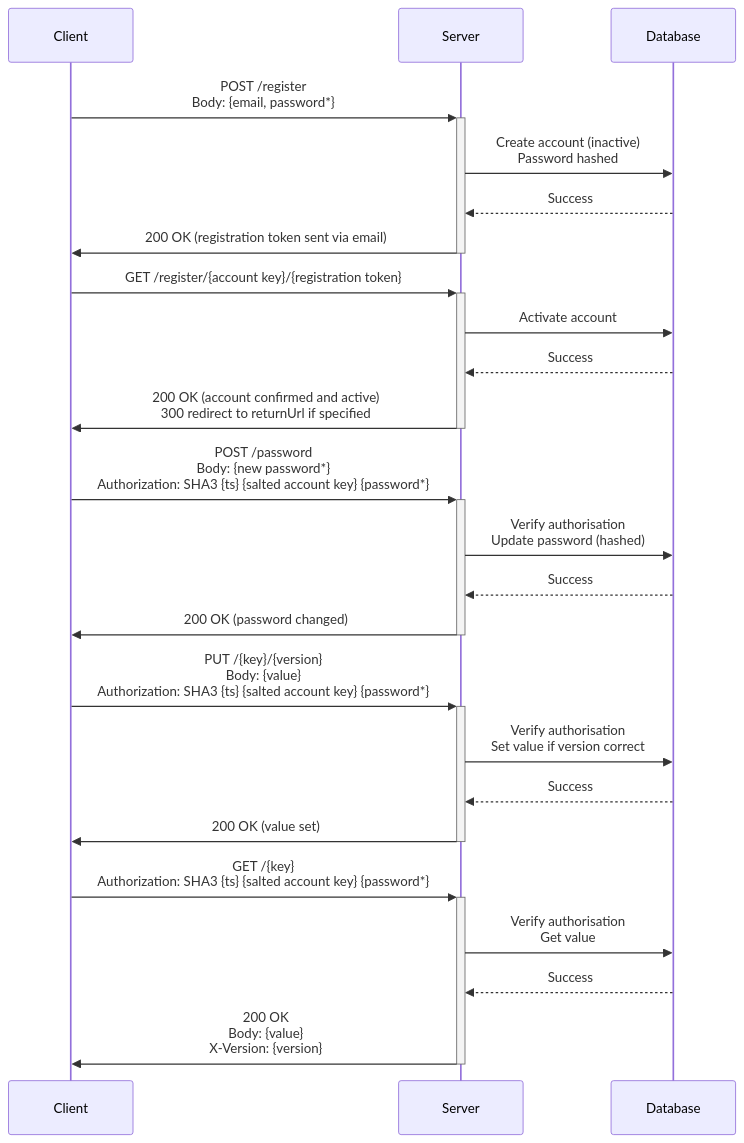
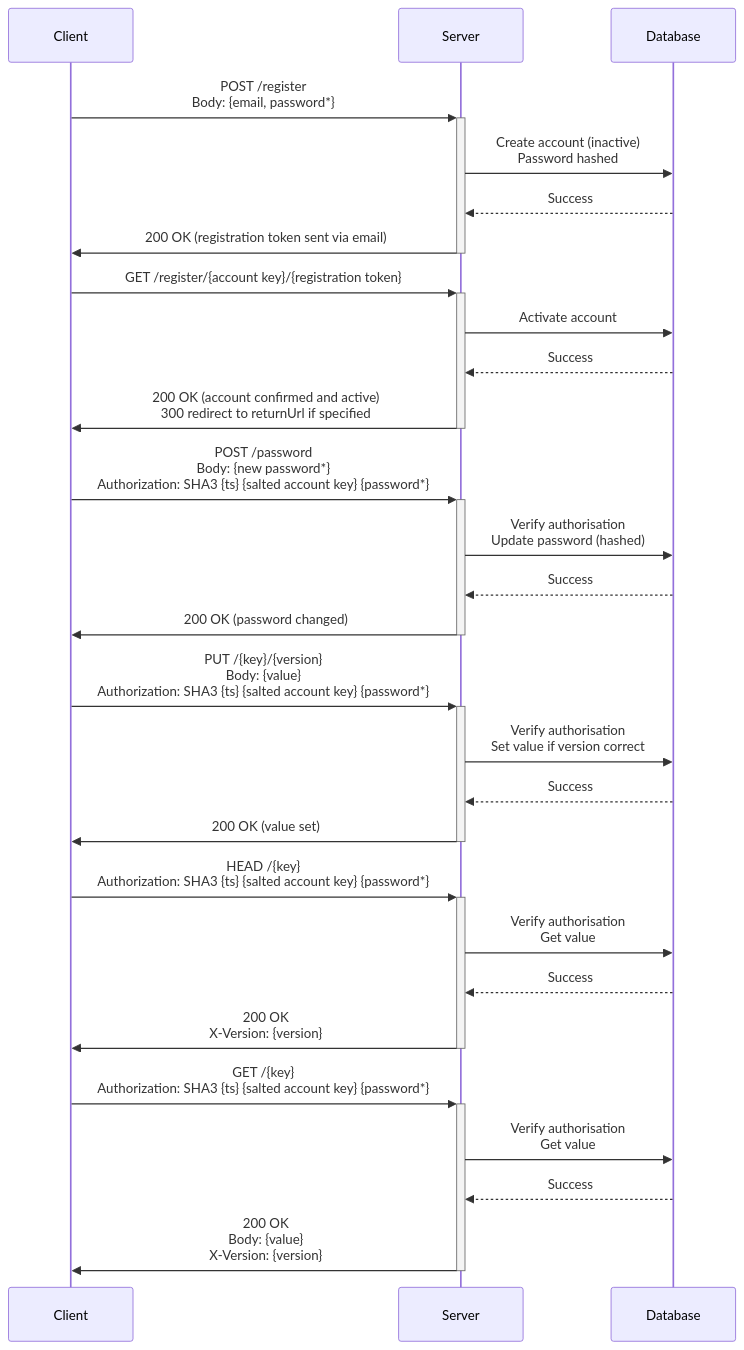
One commit to IFYates/Booksmart changed the diagram in dotnet/IFY.Booksmart.StorageAPI/Overview.md. Above: the diagram before and after it, drawn with Mermaid. The commit also changed other lines of this file and 4 other files, not shown here.

Commit message:
Can request just the key version

```diff
--- a/dotnet/IFY.Booksmart.StorageAPI/Overview.md
+++ b/dotnet/IFY.Booksmart.StorageAPI/Overview.md
@@ -2,31 +2,36 @@
 :::mermaid
 sequenceDiagram
     participant C as Client
     participant S as Server
     participant D as Database
 
     C->>+S: POST /register <br> Body: {email, password*}
     S->>D: Create account (inactive) <br> Password hashed
     D-->>S: Success
     S->>-C: 200 OK (registration token sent via email)
 
     C->>+S: GET /register/{account key}/{registration token}
     S->>D: Activate account
     D-->>S: Success
     S->>-C: 200 OK (account confirmed and active) <br> 300 redirect to returnUrl if specified
 
     C->>+S: POST /password <br> Body: {new password*} <br> Authorization: SHA3 {ts} {salted account key} {password*}
     S->>D: Verify authorisation <br> Update password (hashed)
     D-->>S: Success
     S->>-C: 200 OK (password changed)
 
     C->>+S: PUT /{key}/{version} <br> Body: {value} <br> Authorization: SHA3 {ts} {salted account key} {password*}
     S->>D: Verify authorisation <br> Set value if version correct
     D-->>S: Success
     S->>-C: 200 OK (value set)
 
+    C->>+S: HEAD /{key} <br> Authorization: SHA3 {ts} {salted account key} {password*}
+    S->>D: Verify authorisation <br> Get value
+    D-->>S: Success
+    S->>-C: 200 OK <br> X-Version: {version}
+
     C->>+S: GET /{key} <br> Authorization: SHA3 {ts} {salted account key} {password*}
     S->>D: Verify authorisation <br> Get value
     D-->>S: Success
     S->>-C: 200 OK <br> Body: {value} <br> X-Version: {version}
 :::
```
